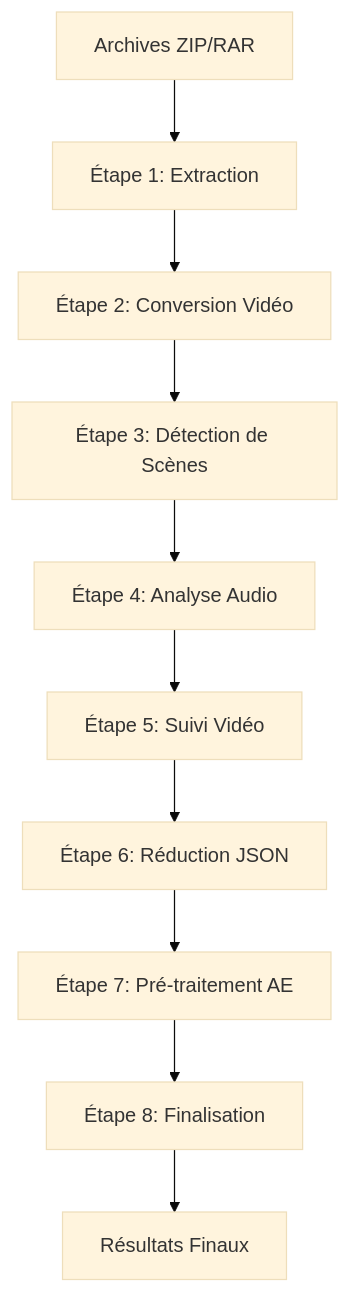
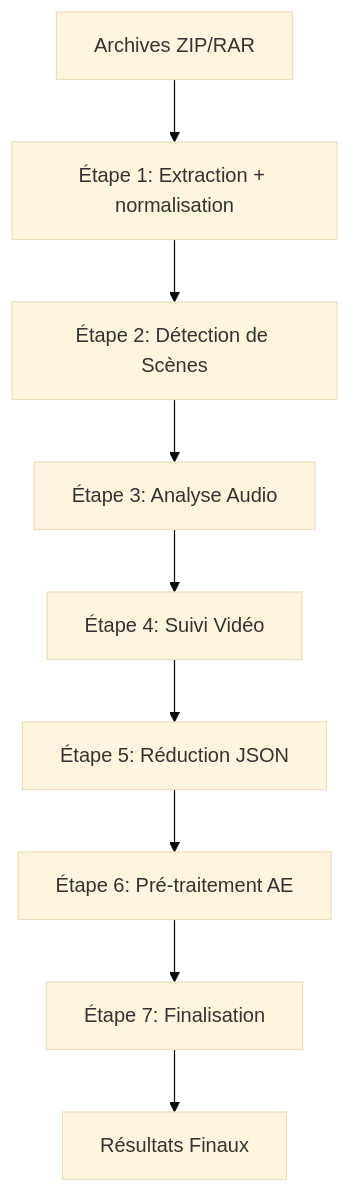
The diagram in docs/workflow/core/architecture.md (ki2pixel/workflow_mediapipe), drawn with Mermaid (base theme) before and after one commit. The commit also changed other lines of this file and 73 other files, not shown here.

````diff
--- a/docs/workflow/core/architecture.md
+++ b/docs/workflow/core/architecture.md
@@ -13,12 +13,11 @@
 ```mermaid
 graph TD
-    A[Archives ZIP/RAR] --> B[Étape 1: Extraction]
-    B --> C[Étape 2: Conversion Vidéo]
-    C --> D[Étape 3: Détection de Scènes]
-    D --> E[Étape 4: Analyse Audio]
-    E --> F[Étape 5: Suivi Vidéo]
-    F --> G[Étape 6: Réduction JSON]
-    G --> H[Étape 7: Pré-traitement AE]
-    H --> I[Étape 8: Finalisation]
+    A[Archives ZIP/RAR] --> B[Étape 1: Extraction + normalisation]
+    B --> D[Étape 2: Détection de Scènes]
+    D --> E[Étape 3: Analyse Audio]
+    E --> F[Étape 4: Suivi Vidéo]
+    F --> G[Étape 5: Réduction JSON]
+    G --> H[Étape 6: Pré-traitement AE]
+    H --> I[Étape 7: Finalisation]
     I --> J[Résultats Finaux]
 ```
````
